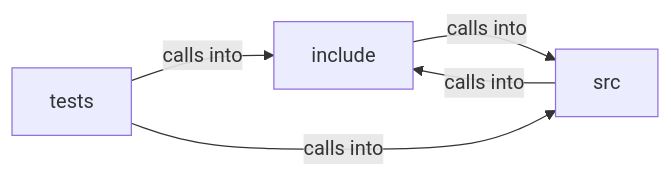
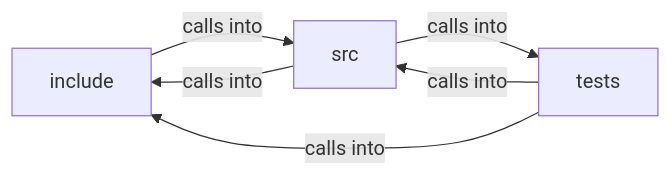
The diagram in readmenator-diagrams/src_tab.md (grisuno/FreeDom), drawn with Mermaid before and after one commit. The commit also changed other lines of this file and 253 other files, not shown here.

````diff
--- a/readmenator-diagrams/src_tab.md
+++ b/readmenator-diagrams/src_tab.md
@@ -5,10 +5,11 @@
 ```mermaid
 graph LR
     include["include"]
     src["src"]
     tests["tests"]
     include -- "calls into" --> src
     src -- "calls into" --> include
+    src -- "calls into" --> tests
     tests -- "calls into" --> include
     tests -- "calls into" --> src
 ```
````
